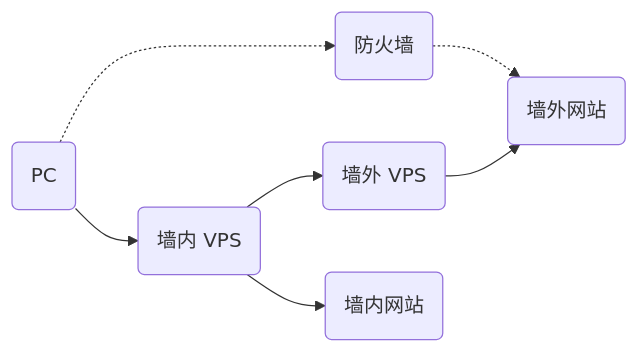
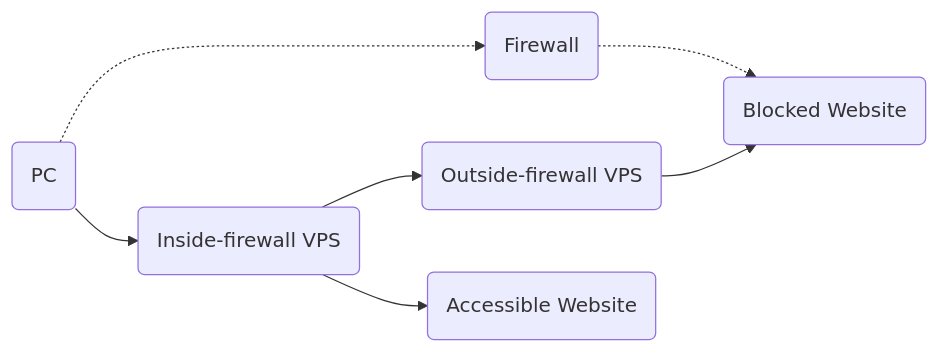
The second of 3 diagrams in content_en/documents/level-1/work.md (XTLS/XTLS.github.io), drawn with Mermaid before and after one commit. The commit also changed other lines of this file, not shown here.

```diff
--- a/content_en/documents/level-1/work.md
+++ b/content_en/documents/level-1/work.md
@@ -33,9 +33,9 @@
 {{<mermaid align="left">}}
 graph LR;
-A(PC) -.-> B(防火墙);
-B -.-> C(墙外网站);
-A --> D(墙内 VPS);
-D --> E(墙外 VPS);
+A(PC) -.-> B(Firewall);
+B -.-> C(Blocked Website);
+A --> D(Inside-firewall VPS);
+D --> E(Outside-firewall VPS);
 E --> C;
-D --> F(墙内网站);
+D --> F(Accessible Website);
 {{< /mermaid >}}
```
